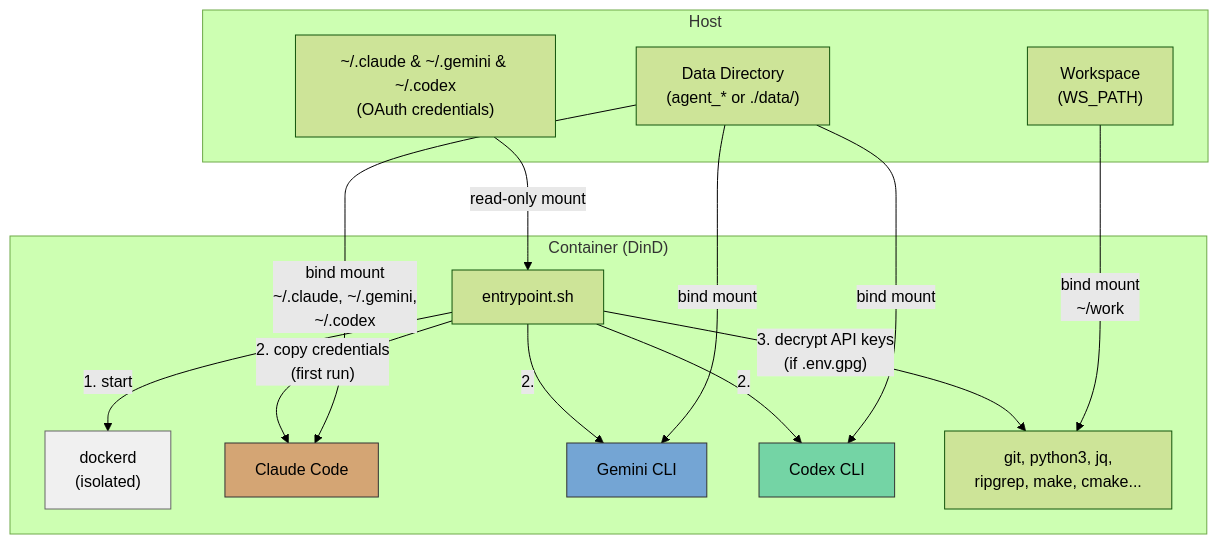
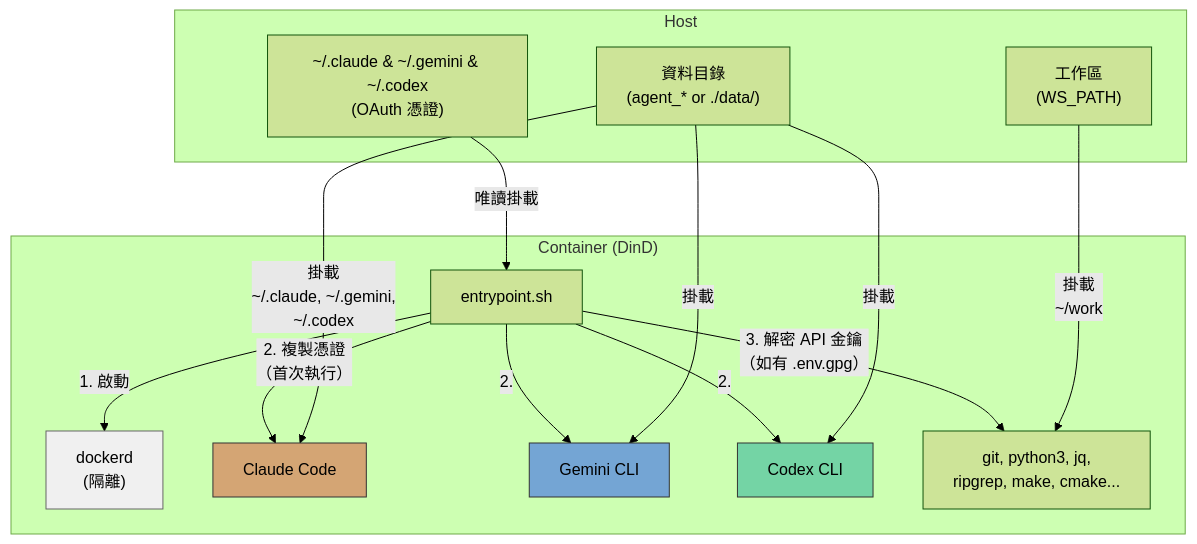
Before and after one commit to ycpss91255-docker/ai_agent: the first of 3 diagrams in doc/README.zh-TW.md, drawn with Mermaid (forest theme). The commit also changed other lines of this file and 2 other files, not shown here.

Commit message:
docs: keep 'smoke test' as proper noun in i18n
Do not translate 'smoke test' — it is a proper noun.

````diff
--- a/doc/README.zh-TW.md
+++ b/doc/README.zh-TW.md
@@ -42,34 +42,34 @@
 ```mermaid
 graph TB
     subgraph Host
-        H_OAuth["~/.claude & ~/.gemini & ~/.codex<br/>(OAuth credentials)"]
-        H_WS["Workspace<br/>(WS_PATH)"]
-        H_Data["Data Directory<br/>(agent_* or ./data/)"]
+        H_OAuth["~/.claude & ~/.gemini & ~/.codex<br/>(OAuth 憑證)"]
+        H_WS["工作區<br/>(WS_PATH)"]
+        H_Data["資料目錄<br/>(agent_* or ./data/)"]
     end
 
     subgraph "Container (DinD)"
         EP["entrypoint.sh"]
-        DinD["dockerd<br/>(isolated)"]
+        DinD["dockerd<br/>(隔離)"]
         Claude["Claude Code"]
         Gemini["Gemini CLI"]
         Codex["Codex CLI"]
         Tools["git, python3, jq,<br/>ripgrep, make, cmake..."]
 
-        EP -->|"1. start"| DinD
-        EP -->|"2. copy credentials<br/>(first run)"| Claude
+        EP -->|"1. 啟動"| DinD
+        EP -->|"2. 複製憑證<br/>（首次執行）"| Claude
         EP -->|"2."| Gemini
         EP -->|"2."| Codex
-        EP -->|"3. decrypt API keys<br/>(if .env.gpg)"| Tools
+        EP -->|"3. 解密 API 金鑰<br/>（如有 .env.gpg）"| Tools
     end
 
-    H_OAuth -->|"read-only mount"| EP
-    H_WS -->|"bind mount<br/>~/work"| Tools
-    H_Data -->|"bind mount<br/>~/.claude, ~/.gemini,<br/>~/.codex"| Claude
-    H_Data -->|"bind mount"| Gemini
-    H_Data -->|"bind mount"| Codex
+    H_OAuth -->|"唯讀掛載"| EP
+    H_WS -->|"掛載<br/>~/work"| Tools
+    H_Data -->|"掛載<br/>~/.claude, ~/.gemini,<br/>~/.codex"| Claude
+    H_Data -->|"掛載"| Gemini
+    H_Data -->|"掛載"| Codex
 
     style DinD fill:#f0f0f0,stroke:#666
     style Claude fill:#d4a574,stroke:#333
     style Gemini fill:#74a5d4,stroke:#333
     style Codex fill:#74d4a5,stroke:#333
 ```
````
